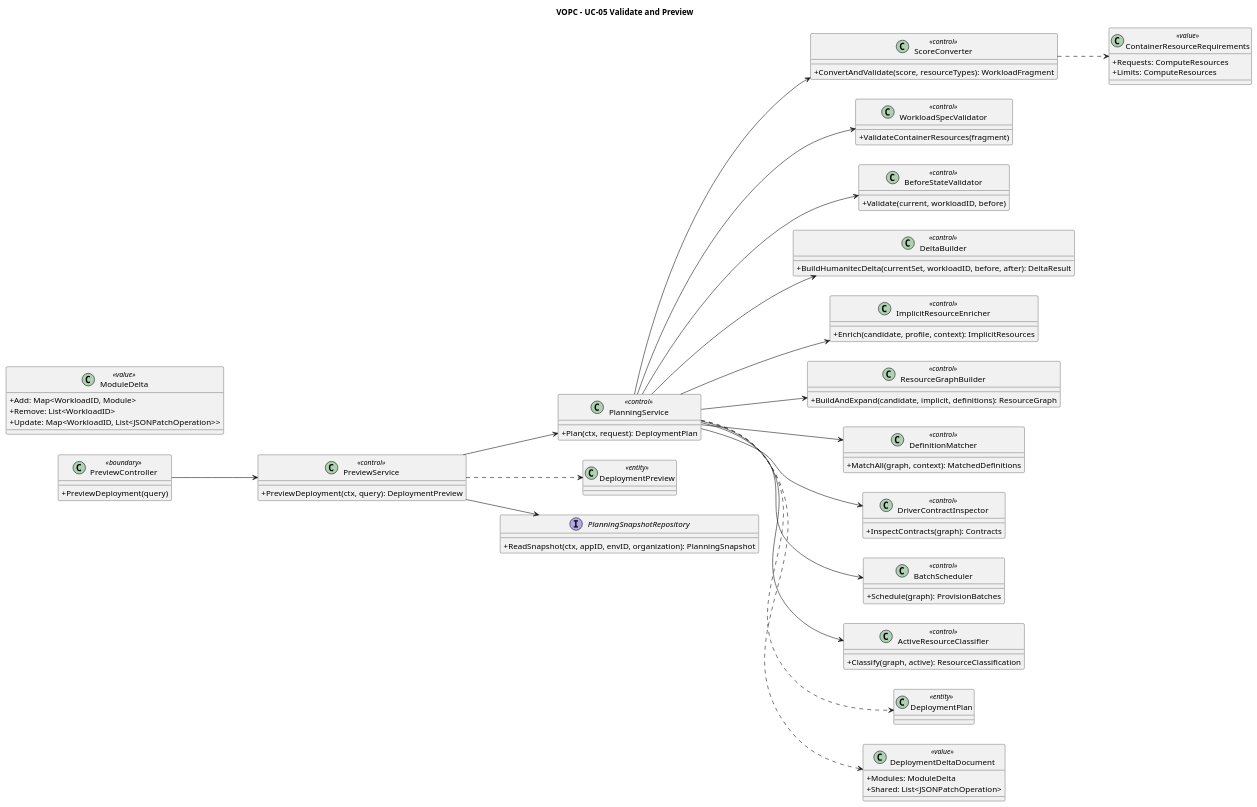
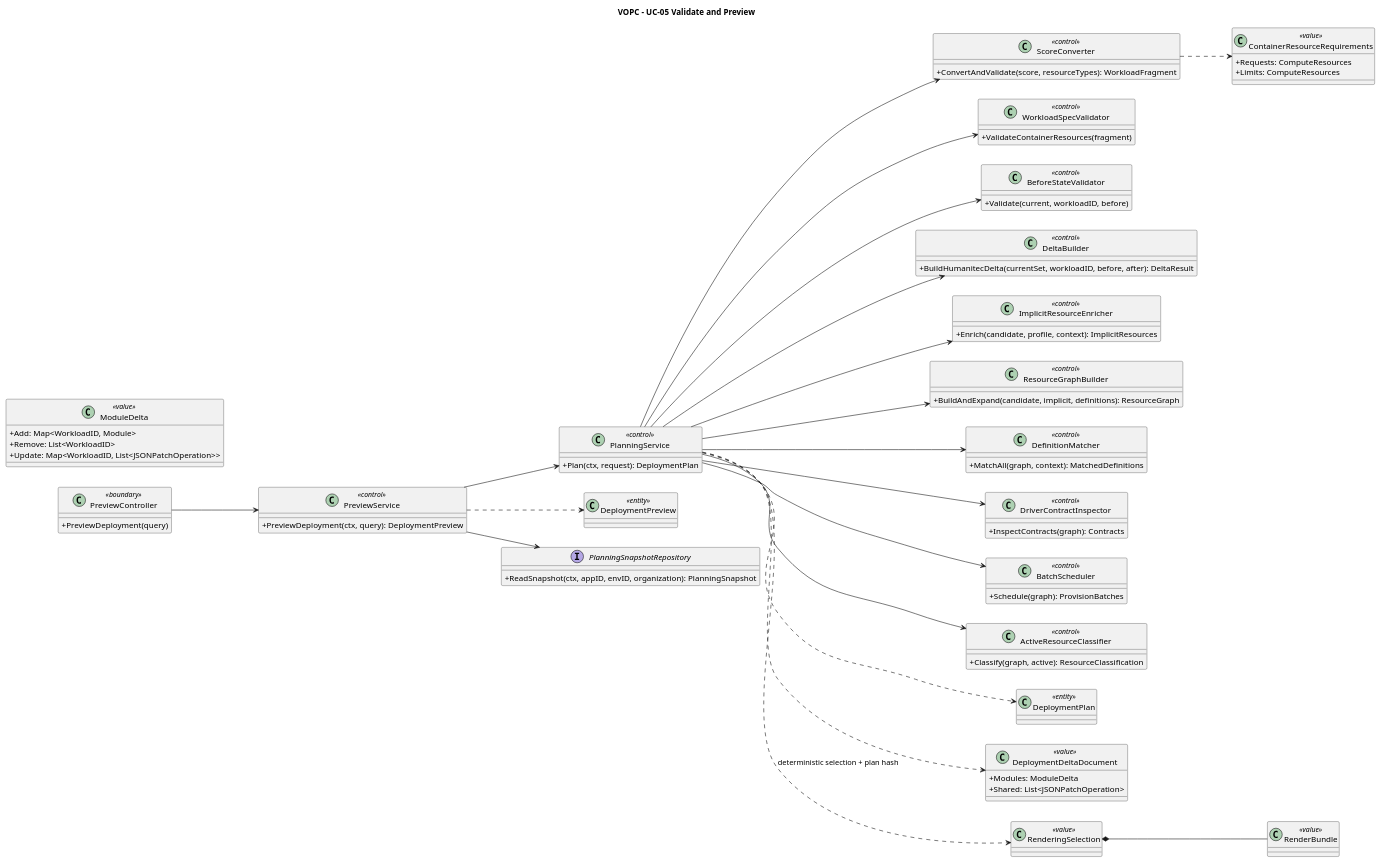
Before and after one commit to pr3s3nt/poc: the diagram in orchestrator_docs/usecase/UC-05/vopc.puml, drawn with PlantUML. The commit also changed 80 other files, not shown here.

```diff
--- a/orchestrator_docs/usecase/UC-05/vopc.puml
+++ b/orchestrator_docs/usecase/UC-05/vopc.puml
@@ -1,79 +1,83 @@
 @startuml
 title VOPC - UC-05 Validate and Preview
 left to right direction
 skinparam classAttributeIconSize 0
 class PreviewController <<boundary>> {
   +PreviewDeployment(query)
 }
 class PreviewService <<control>> {
   +PreviewDeployment(ctx, query): DeploymentPreview
 }
 class PlanningService <<control>> {
   +Plan(ctx, request): DeploymentPlan
 }
 class ScoreConverter <<control>> {
   +ConvertAndValidate(score, resourceTypes): WorkloadFragment
 }
 class WorkloadSpecValidator <<control>> {
   +ValidateContainerResources(fragment)
 }
 class BeforeStateValidator <<control>> {
   +Validate(current, workloadID, before)
 }
 class DeltaBuilder <<control>> {
   +BuildHumanitecDelta(currentSet, workloadID, before, after): DeltaResult
 }
 class ImplicitResourceEnricher <<control>> {
   +Enrich(candidate, profile, context): ImplicitResources
 }
 class ResourceGraphBuilder <<control>> {
   +BuildAndExpand(candidate, implicit, definitions): ResourceGraph
 }
 class DefinitionMatcher <<control>> {
   +MatchAll(graph, context): MatchedDefinitions
 }
 class DriverContractInspector <<control>> {
   +InspectContracts(graph): Contracts
 }
 class BatchScheduler <<control>> {
   +Schedule(graph): ProvisionBatches
 }
 class ActiveResourceClassifier <<control>> {
   +Classify(graph, active): ResourceClassification
 }
 class DeploymentPlan <<entity>>
 class DeploymentPreview <<entity>>
 class DeploymentDeltaDocument <<value>> {
   +Modules: ModuleDelta
   +Shared: List<JSONPatchOperation>
 }
 class ModuleDelta <<value>> {
   +Add: Map<WorkloadID, Module>
   +Remove: List<WorkloadID>
   +Update: Map<WorkloadID, List<JSONPatchOperation>>
 }
 class ContainerResourceRequirements <<value>> {
   +Requests: ComputeResources
   +Limits: ComputeResources
 }
 interface PlanningSnapshotRepository {
   +ReadSnapshot(ctx, appID, envID, organization): PlanningSnapshot
 }
 PreviewController --> PreviewService
 PreviewService --> PlanningSnapshotRepository
 PreviewService --> PlanningService
 PreviewService ..> DeploymentPreview
 PlanningService --> ScoreConverter
 PlanningService --> WorkloadSpecValidator
 PlanningService --> BeforeStateValidator
 PlanningService --> DeltaBuilder
 PlanningService --> ImplicitResourceEnricher
 PlanningService --> ResourceGraphBuilder
 PlanningService --> DefinitionMatcher
 PlanningService --> DriverContractInspector
 PlanningService --> BatchScheduler
 PlanningService --> ActiveResourceClassifier
 PlanningService ..> DeploymentPlan
 PlanningService ..> DeploymentDeltaDocument
 ScoreConverter ..> ContainerResourceRequirements
+class RenderBundle <<value>>
+class RenderingSelection <<value>>
+PlanningService ..> RenderingSelection : deterministic selection + plan hash
+RenderingSelection *-- RenderBundle
 @enduml
```
